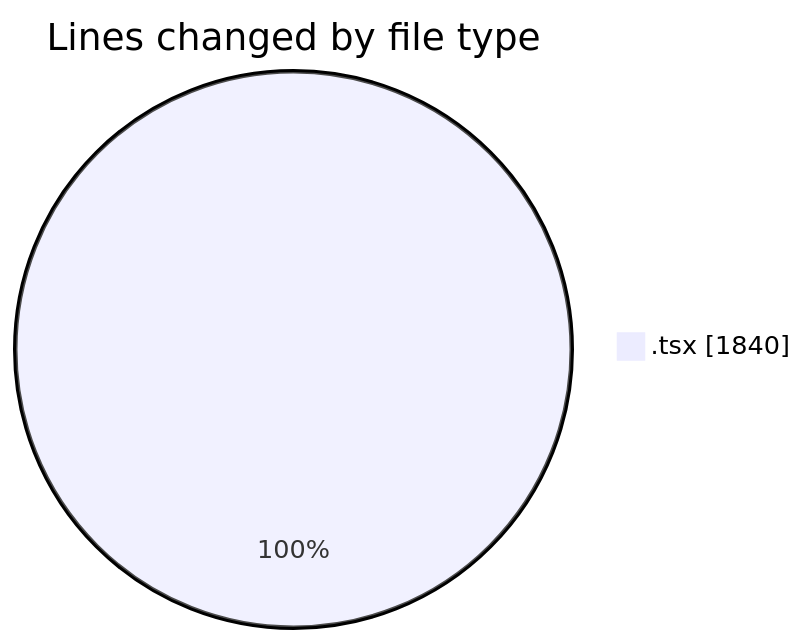
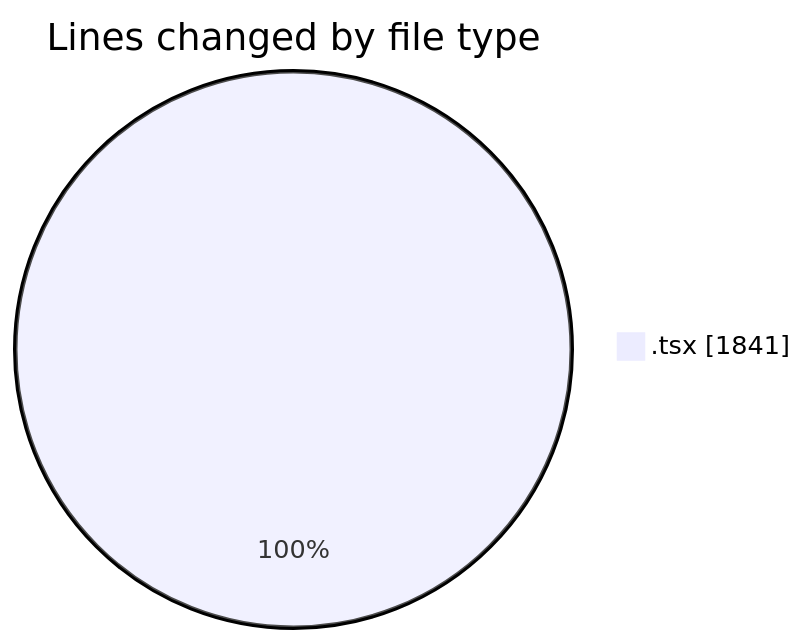
One commit to nxtqubesakshisongat/code-tracking changed the first of 2 diagrams in 2026-06-10/nxtqube_webapp/README.md. Above: the diagram before and after it, drawn with Mermaid. The commit also changed other lines of this file and 1 other file, not shown here.

````diff
--- a/2026-06-10/nxtqube_webapp/README.md
+++ b/2026-06-10/nxtqube_webapp/README.md
@@ -21,5 +21,5 @@
 ```mermaid
 pie showData
 title Lines changed by file type
-".tsx" : 1840
+".tsx" : 1841
 ```
````
